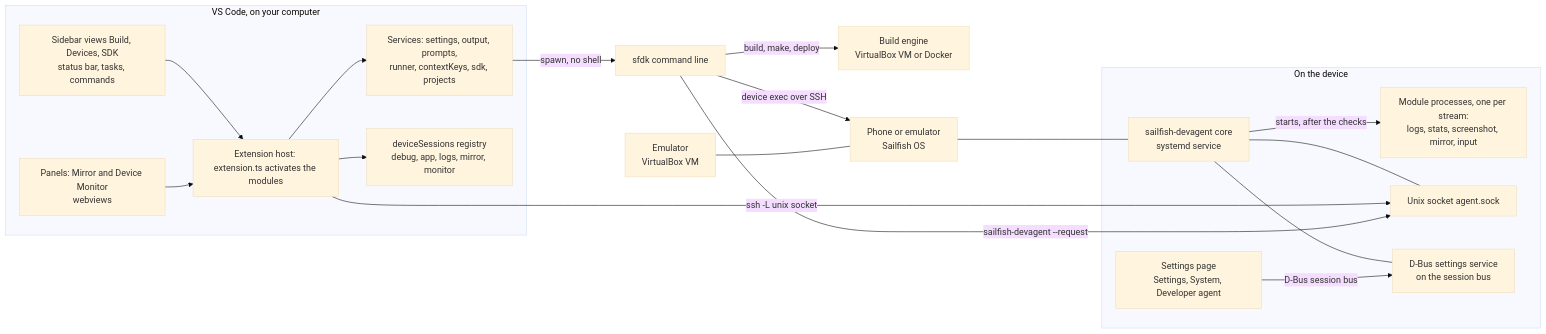
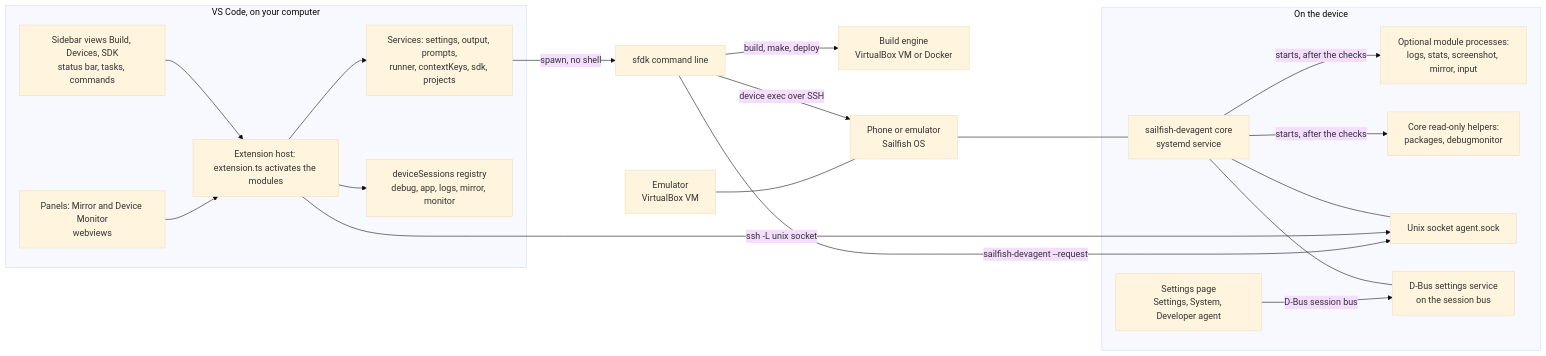
The first of 4 diagrams in docs/architecture.md (minhdangphuoc/sardina), drawn with Mermaid (base theme) before and after one commit. The commit also changed other lines of this file and 93 other files, not shown here.

````diff
--- a/docs/architecture.md
+++ b/docs/architecture.md
@@ -9,36 +9,38 @@
 ```mermaid
 flowchart LR
   subgraph VSC["VS Code, on your computer"]
     UI["Sidebar views Build, Devices, SDK<br/>status bar, tasks, commands"]
     PAN["Panels: Mirror and Device Monitor<br/>webviews"]
     EXT["Extension host: extension.ts activates the modules"]
     SVC["Services: settings, output, prompts,<br/>runner, contextKeys, sdk, projects"]
     REG["deviceSessions registry<br/>debug, app, logs, mirror, monitor"]
   end
   CLI["sfdk command line"]
   ENG["Build engine<br/>VirtualBox VM or Docker"]
   EMU["Emulator<br/>VirtualBox VM"]
   DEV["Phone or emulator<br/>Sailfish OS"]
   subgraph ONDEV["On the device"]
     AG["sailfish-devagent core<br/>systemd service"]
-    MOD["Module processes, one per stream:<br/>logs, stats, screenshot, mirror, input"]
+    MOD["Optional module processes:<br/>logs, stats, screenshot, mirror, input"]
+    HELP["Core read-only helpers:<br/>packages, debugmonitor"]
     SOCK["Unix socket agent.sock"]
     DBUS["D-Bus settings service<br/>on the session bus"]
     SET["Settings page<br/>Settings, System, Developer agent"]
   end
   UI --> EXT
   PAN --> EXT
   EXT --> SVC
   EXT --> REG
   SVC -->|"spawn, no shell"| CLI
   CLI -->|"build, make, deploy"| ENG
   CLI -->|"device exec over SSH"| DEV
   EMU --- DEV
   DEV --- AG
   AG --- SOCK
   AG -->|"starts, after the checks"| MOD
+  AG -->|"starts, after the checks"| HELP
   EXT -->|"ssh -L unix socket"| SOCK
   CLI -->|"sailfish-devagent --request"| SOCK
   AG --- DBUS
   SET -->|"D-Bus session bus"| DBUS
 ```
````
